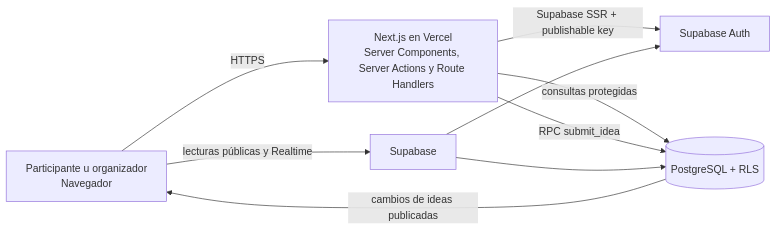
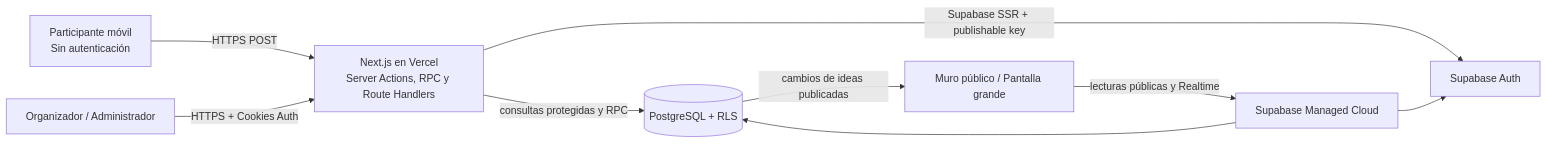
Before and after one commit to Lucasm282021/muro-participativo-de-ideas: the diagram in docs/arquitectura.md, drawn with Mermaid. The commit also changed other lines of this file and 4 other files, not shown here.

````diff
--- a/docs/arquitectura.md
+++ b/docs/arquitectura.md
@@ -7,11 +7,11 @@
 ```mermaid
 flowchart LR
-    Browser[Participante u organizador<br/>Navegador] -->|HTTPS| Vercel[Next.js en Vercel<br/>Server Components, Server Actions y Route Handlers]
-    Browser -->|lecturas públicas y Realtime| Supabase[Supabase]
-    Vercel -->|Supabase SSR + publishable key| Auth[Supabase Auth]
-    Vercel -->|consultas protegidas| DB[(PostgreSQL + RLS)]
-    Vercel -->|RPC submit_idea| DB
+    BrowserPart[Participante móvil<br/>Sin autenticación] -->|HTTPS POST| NextServer[Next.js en Vercel<br/>Server Actions, RPC y Route Handlers]
+    BrowserWall[Muro público / Pantalla grande] -->|lecturas públicas y Realtime| Supabase[Supabase Managed Cloud]
+    BrowserOrg[Organizador / Administrador] -->|HTTPS + Cookies Auth| NextServer
+    NextServer -->|Supabase SSR + publishable key| Auth[Supabase Auth]
+    NextServer -->|consultas protegidas y RPC| DB[(PostgreSQL + RLS)]
     Supabase --> Auth
     Supabase --> DB
-    DB -->|cambios de ideas publicadas| Browser
+    DB -->|cambios de ideas publicadas| BrowserWall
 ```
````
